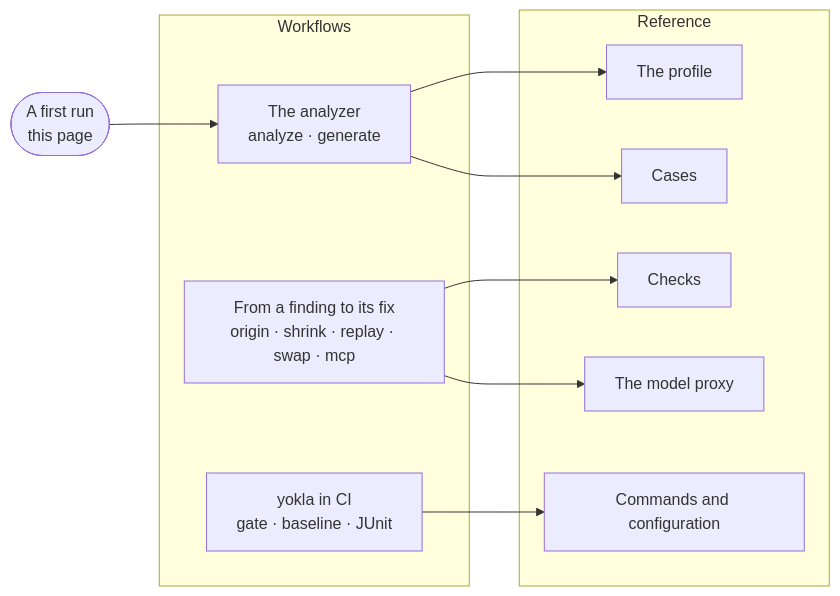
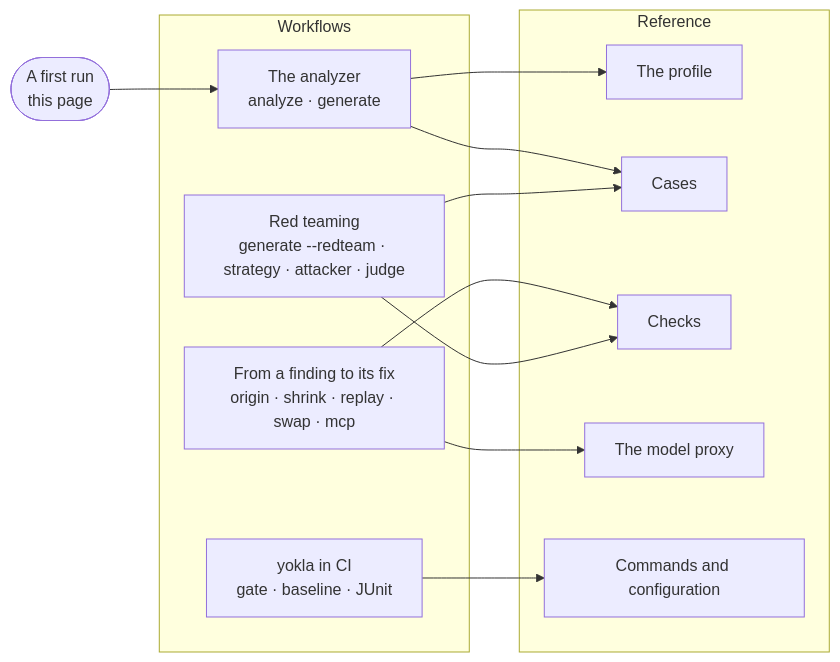
The diagram in docs/guide/README.md (thebozturk/yokla), drawn with Mermaid before and after one commit. The commit also changed other lines of this file and 12 other files, not shown here.

First line of the commit message:
docs: a red-teaming guide page, and the guide at 0.5

````diff
--- a/docs/guide/README.md
+++ b/docs/guide/README.md
@@ -12,21 +12,24 @@
 ```mermaid
 flowchart LR
     Start(["A first run<br/>this page"]) --> Analyzer
     subgraph Workflows
         Analyzer["The analyzer<br/>analyze · generate"]
         Debugging["From a finding to its fix<br/>origin · shrink · replay · swap · mcp"]
         CI["yokla in CI<br/>gate · baseline · JUnit"]
+        RedTeam["Red teaming<br/>generate --redteam · strategy · attacker · judge"]
     end
     subgraph Reference
         Profile["The profile"]
         Cases["Cases"]
         Checks["Checks"]
         Proxy["The model proxy"]
         CLI["Commands and configuration"]
     end
     Analyzer --> Profile
     Analyzer --> Cases
     Debugging --> Proxy
     Debugging --> Checks
     CI --> CLI
+    RedTeam --> Cases
+    RedTeam --> Checks
 ```
````
